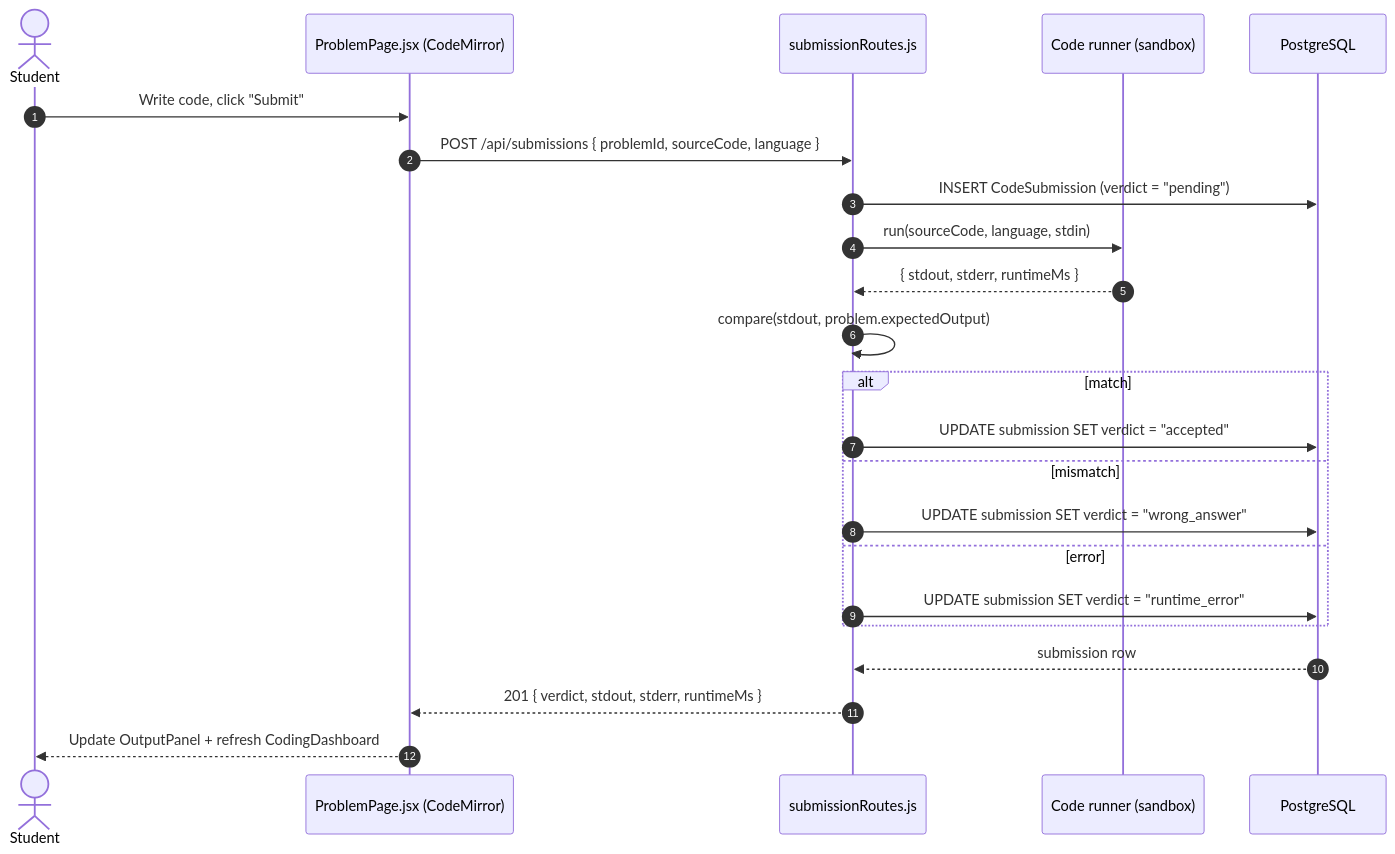
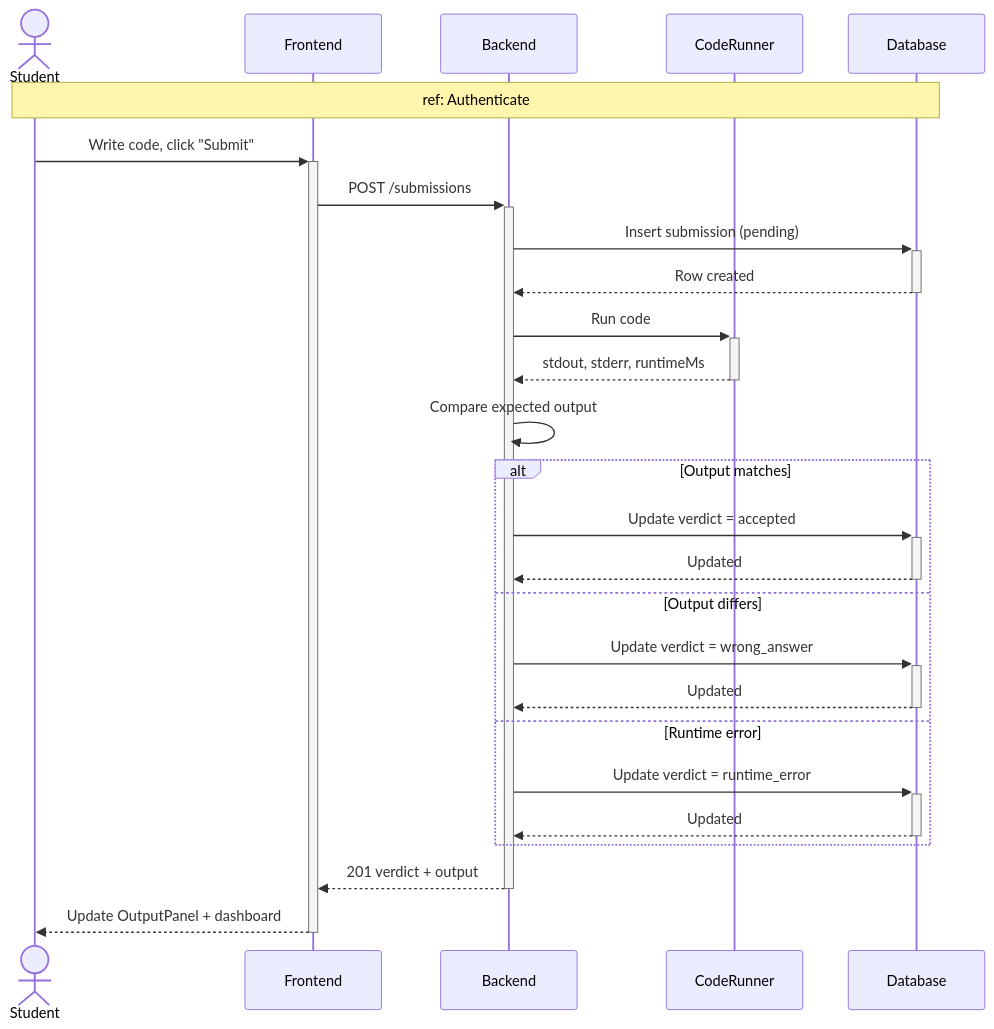
Before and after one commit to MaizaAymen/OmniLearn: the fourth of 8 diagrams in docs/06_chapitre4_sprint2.md, drawn with Mermaid. The commit also changed other lines of this file and 4 other files, not shown here.

````diff
--- a/docs/06_chapitre4_sprint2.md
+++ b/docs/06_chapitre4_sprint2.md
@@ -191,26 +198,32 @@
 ```mermaid
 sequenceDiagram
-  autonumber
-  actor S as Student
-  participant FE as ProblemPage.jsx (CodeMirror)
-  participant API as submissionRoutes.js
-  participant Sandbox as Code runner (sandbox)
-  participant DB as PostgreSQL
+    actor Student
+    participant FE as Frontend
+    participant API as Backend
+    participant Sandbox as CodeRunner
+    participant DB as Database
 
-  S->>FE: Write code, click "Submit"
-  FE->>API: POST /api/submissions { problemId, sourceCode, language }
-  API->>DB: INSERT CodeSubmission (verdict = "pending")
-  API->>Sandbox: run(sourceCode, language, stdin)
-  Sandbox-->>API: { stdout, stderr, runtimeMs }
-  API->>API: compare(stdout, problem.expectedOutput)
-  alt match
-    API->>DB: UPDATE submission SET verdict = "accepted"
-  else mismatch
-    API->>DB: UPDATE submission SET verdict = "wrong_answer"
-  else error
-    API->>DB: UPDATE submission SET verdict = "runtime_error"
-  end
-  DB-->>API: submission row
-  API-->>FE: 201 { verdict, stdout, stderr, runtimeMs }
-  FE-->>S: Update OutputPanel + refresh CodingDashboard
+    Note over Student,DB: ref: Authenticate
+
+    Student->>+FE: Write code, click "Submit"
+    FE->>+API: POST /submissions
+    API->>+DB: Insert submission (pending)
+    DB-->>-API: Row created
+    API->>+Sandbox: Run code
+    Sandbox-->>-API: stdout, stderr, runtimeMs
+    API->>API: Compare expected output
+
+    alt Output matches
+        API->>+DB: Update verdict = accepted
+        DB-->>-API: Updated
+    else Output differs
+        API->>+DB: Update verdict = wrong_answer
+        DB-->>-API: Updated
+    else Runtime error
+        API->>+DB: Update verdict = runtime_error
+        DB-->>-API: Updated
+    end
+
+    API-->>-FE: 201 verdict + output
+    FE-->>-Student: Update OutputPanel + dashboard
 ```
````
